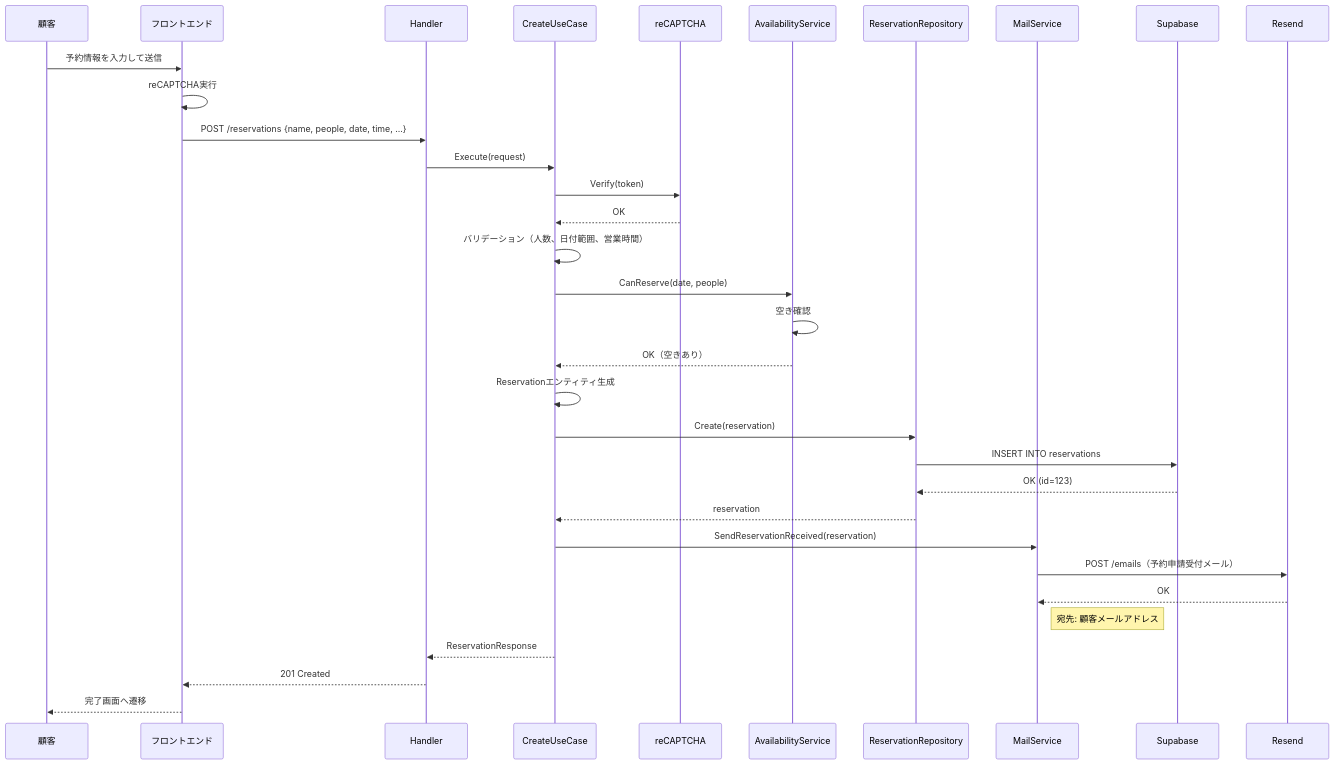
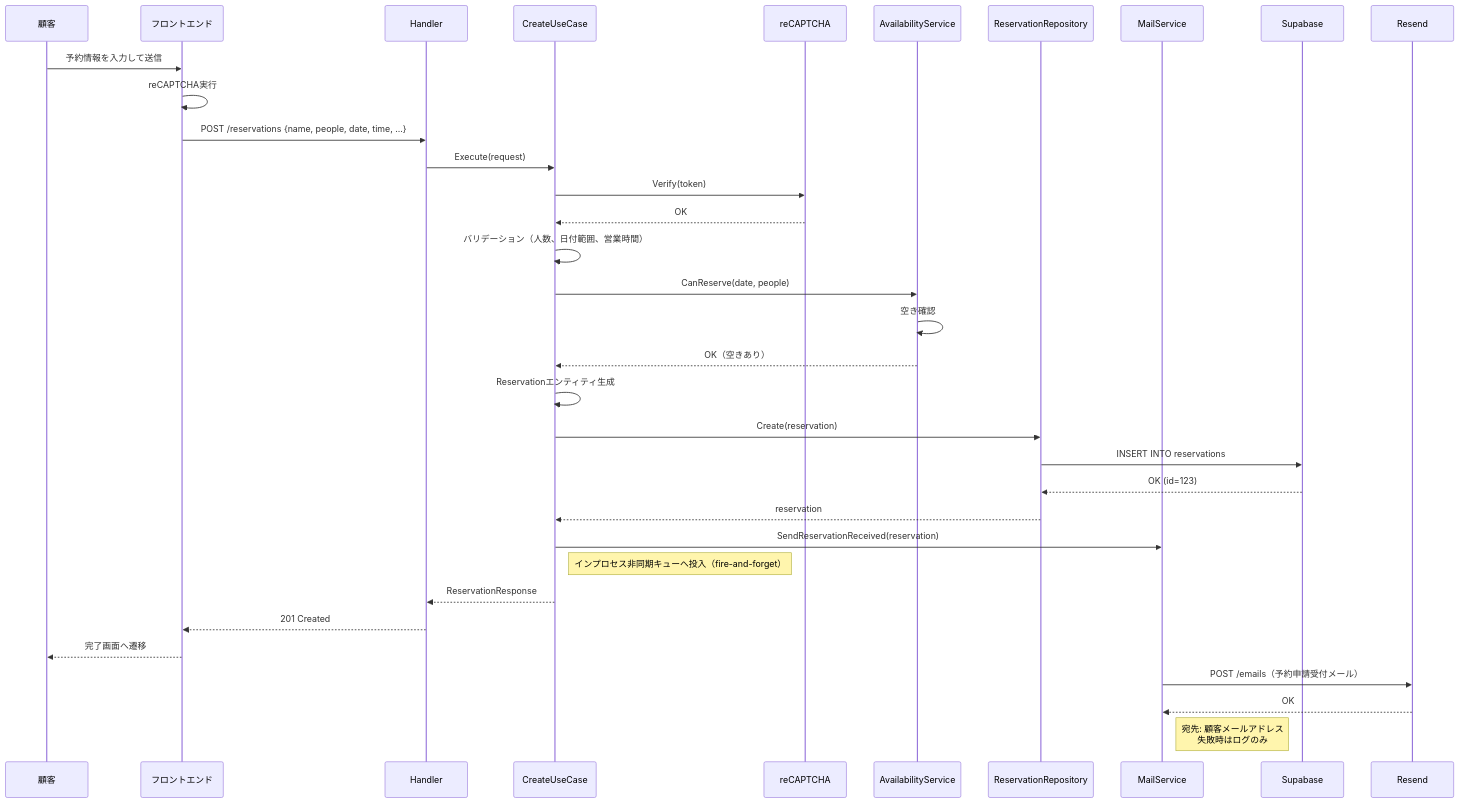
One commit to cergijame101007/satehits changed the second of 16 diagrams in docs/sequence.md. Above: the diagram before and after it, drawn with Mermaid. The commit also changed other lines of this file and 46 other files, not shown here.

````diff
--- a/docs/sequence.md
+++ b/docs/sequence.md
@@ -44,43 +44,44 @@
 ```mermaid
 sequenceDiagram
     participant Customer as 顧客
     participant Frontend as フロントエンド
     participant Handler as Handler
     participant UseCase as CreateUseCase
     participant ReCaptcha as reCAPTCHA
     participant AvailService as AvailabilityService
     participant ReservationRepo as ReservationRepository
     participant MailService as MailService
     participant DB as Supabase
     participant Resend as Resend
 
     Customer->>Frontend: 予約情報を入力して送信
     Frontend->>Frontend: reCAPTCHA実行
     Frontend->>Handler: POST /reservations {name, people, date, time, ...}
     
     Handler->>UseCase: Execute(request)
     
     UseCase->>ReCaptcha: Verify(token)
     ReCaptcha-->>UseCase: OK
     
     UseCase->>UseCase: バリデーション（人数、日付範囲、営業時間）
     
     UseCase->>AvailService: CanReserve(date, people)
     AvailService->>AvailService: 空き確認
     AvailService-->>UseCase: OK（空きあり）
     
     UseCase->>UseCase: Reservationエンティティ生成
     UseCase->>ReservationRepo: Create(reservation)
     ReservationRepo->>DB: INSERT INTO reservations
     DB-->>ReservationRepo: OK (id=123)
     ReservationRepo-->>UseCase: reservation
     
     UseCase->>MailService: SendReservationReceived(reservation)
-    MailService->>Resend: POST /emails（予約申請受付メール）
-    Resend-->>MailService: OK
-    Note right of MailService: 宛先: 顧客メールアドレス
-    
+    Note right of UseCase: インプロセス非同期キューへ投入（fire-and-forget）
     UseCase-->>Handler: ReservationResponse
     Handler-->>Frontend: 201 Created
     Frontend-->>Customer: 完了画面へ遷移
+
+    MailService->>Resend: POST /emails（予約申請受付メール）
+    Resend-->>MailService: OK
+    Note right of MailService: 宛先: 顧客メールアドレス<br>失敗時はログのみ
 ```
````
